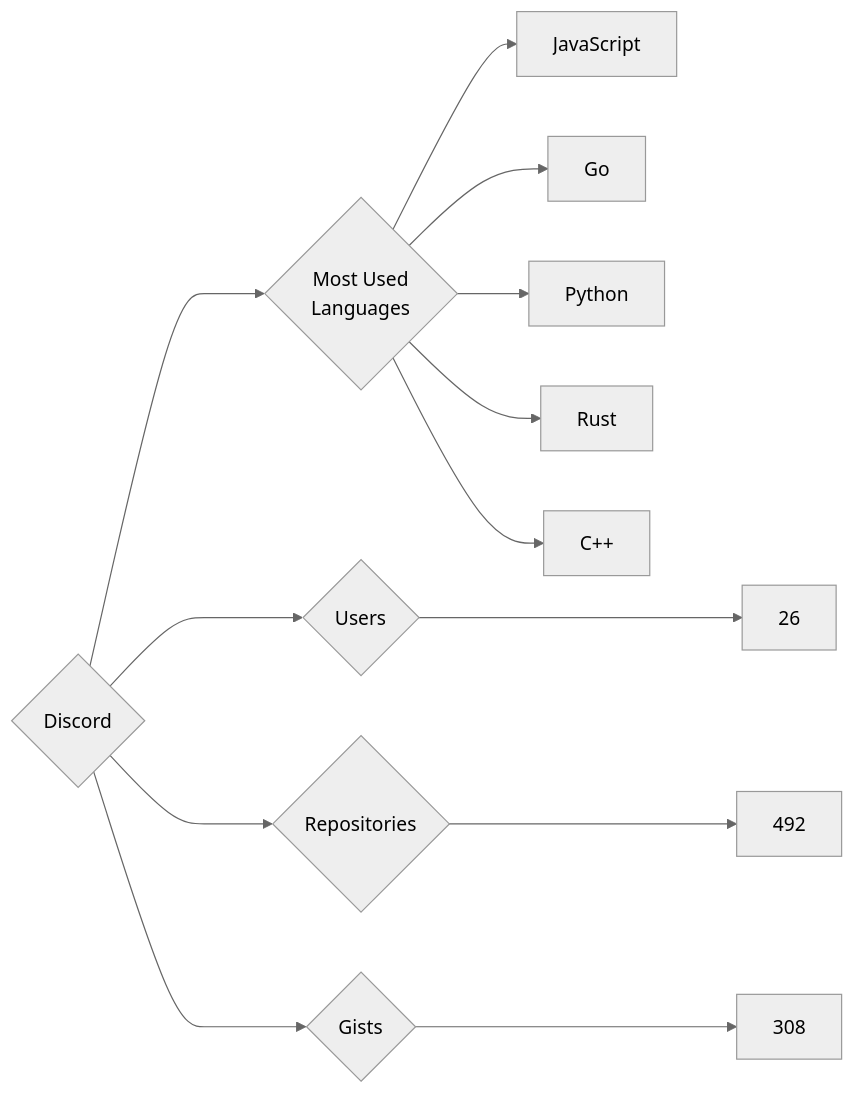
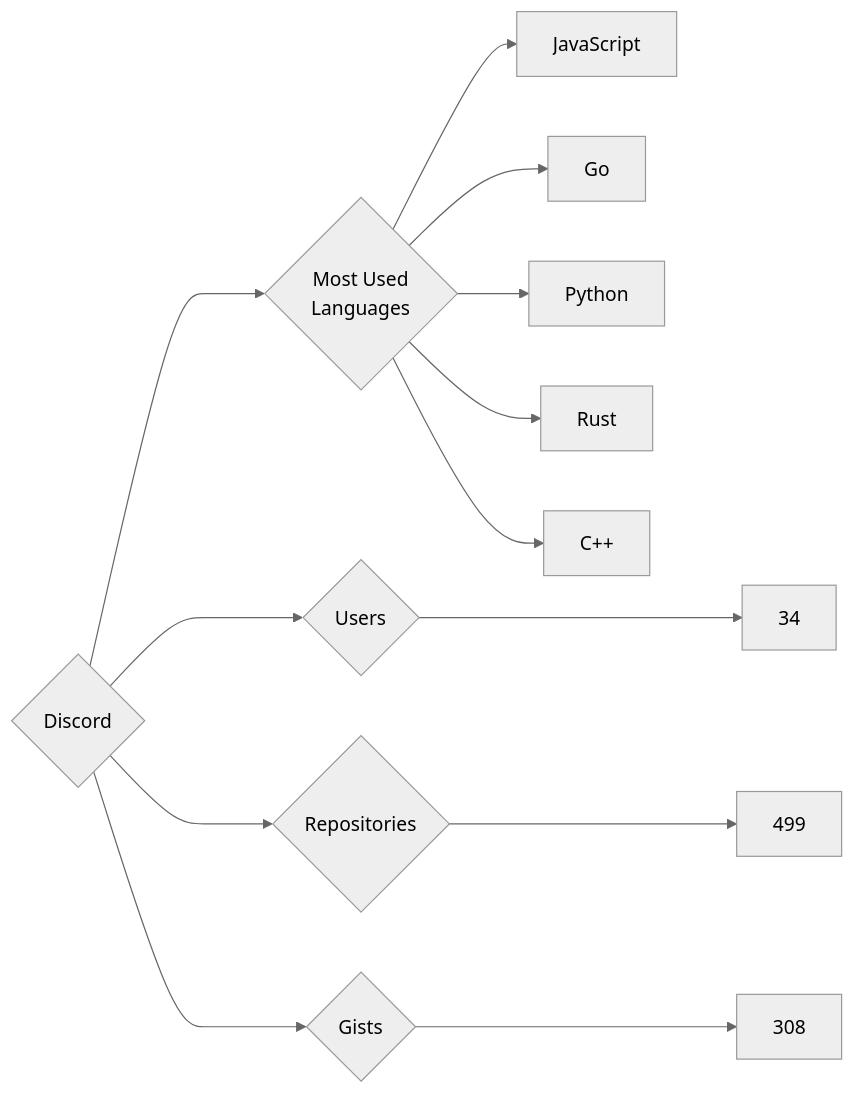
One commit to trickest/insiders changed the diagram in targets/Discord/README.md. Above: the diagram before and after it, drawn with Mermaid (neutral theme). The commit also changed 777 other files, not shown here.

````diff
--- a/targets/Discord/README.md
+++ b/targets/Discord/README.md
@@ -3,13 +3,13 @@
 ```mermaid
 graph LR
 COMPANY_NAME{Discord}
-COMPANY_NAME ---> U{Users} ---> UN[26]
-COMPANY_NAME ---> R{Repositories} ---> RN[492]
+COMPANY_NAME ---> U{Users} ---> UN[34]
+COMPANY_NAME ---> R{Repositories} ---> RN[499]
 COMPANY_NAME ---> G{Gists} ---> GN[308]
 COMPANY_NAME ---> ML{Most Used<br>Languages}
 ML --> JavaScript[JavaScript]
 ML --> Go[Go]
 ML --> Python[Python]
 ML --> Rust[Rust]
 ML --> C++[C++]
 ```
````
